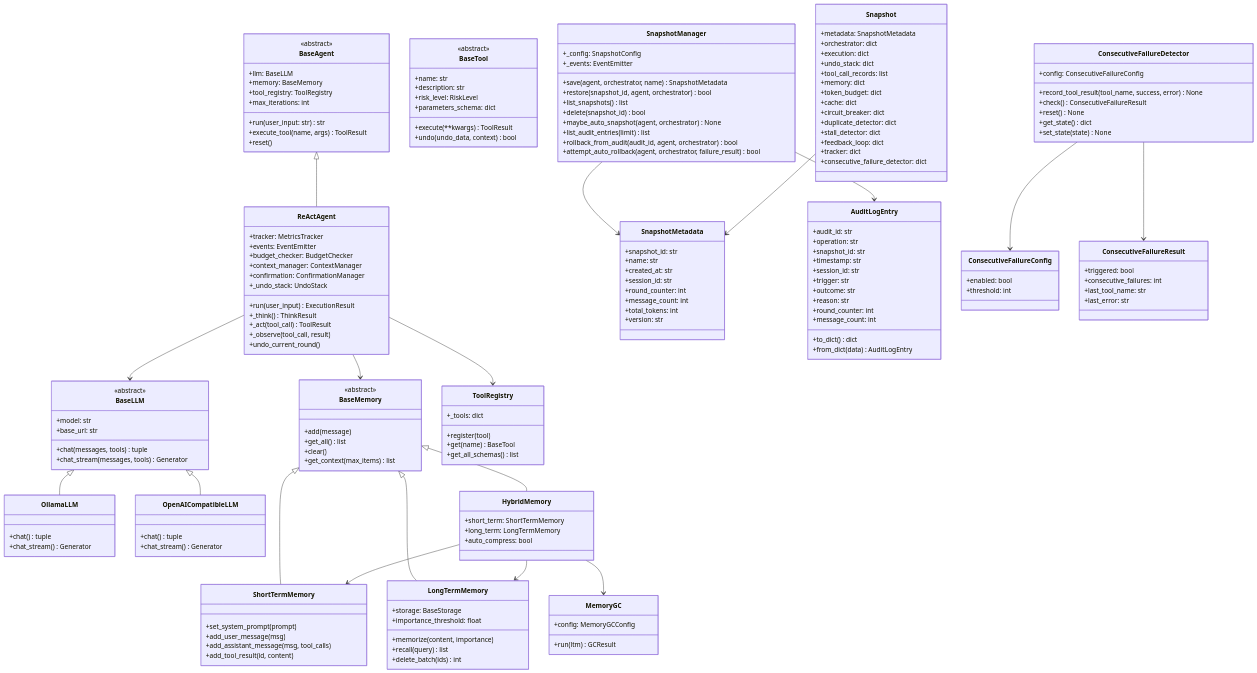
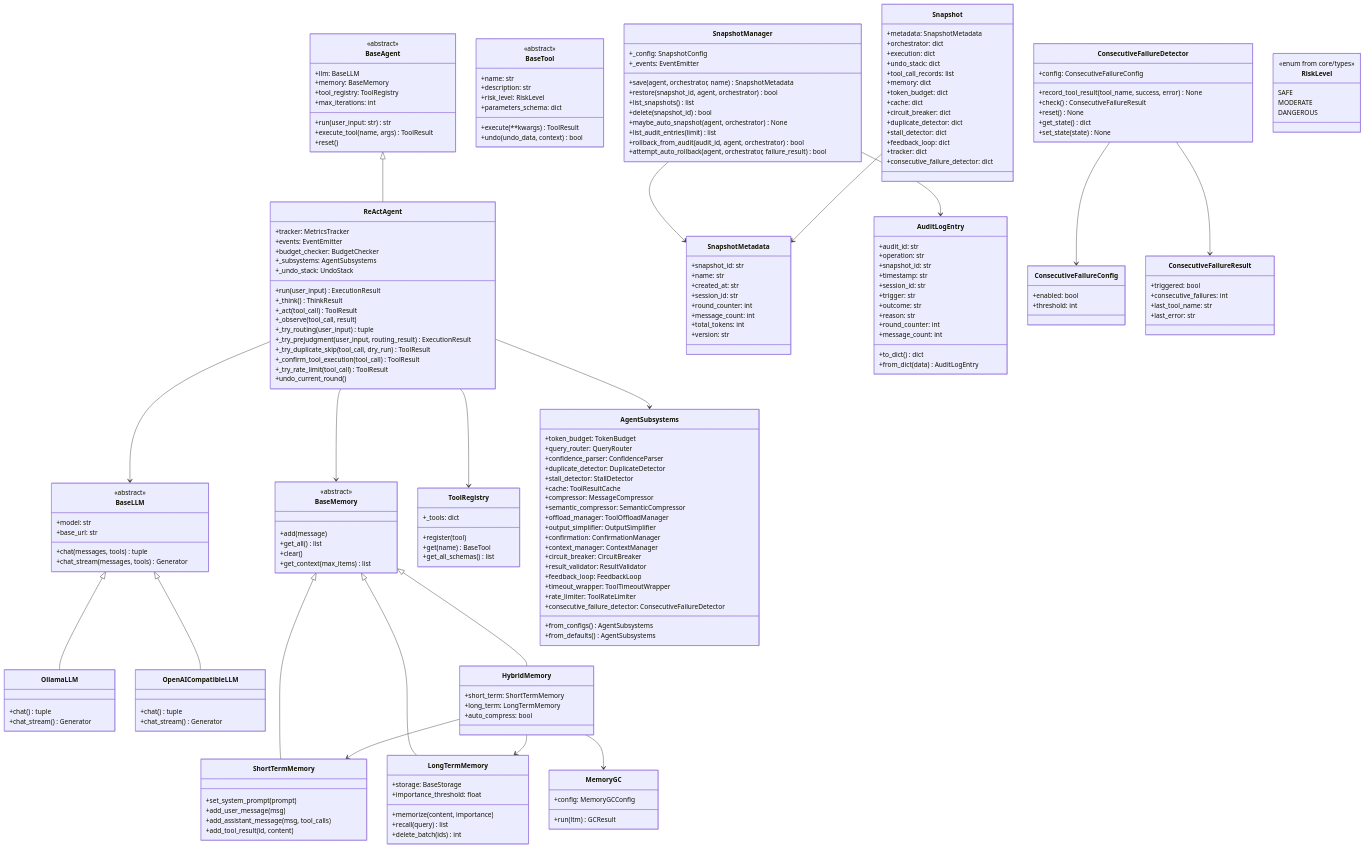
The second of 4 diagrams in docs/architecture.md (Tobytywang/NanoAgent), drawn with Mermaid before and after one commit. The commit also changed other lines of this file and 46 other files, not shown here.

```diff
--- a/docs/architecture.md
+++ b/docs/architecture.md
@@ -120,13 +125,17 @@
         +tracker: MetricsTracker
         +events: EventEmitter
         +budget_checker: BudgetChecker
-        +context_manager: ContextManager
-        +confirmation: ConfirmationManager
+        +_subsystems: AgentSubsystems
         +_undo_stack: UndoStack
         +run(user_input) ExecutionResult
         +_think() ThinkResult
         +_act(tool_call) ToolResult
         +_observe(tool_call, result)
+        +_try_routing(user_input) tuple
+        +_try_prejudgment(user_input, routing_result) ExecutionResult
+        +_try_duplicate_skip(tool_call, dry_run) ToolResult
+        +_confirm_tool_execution(tool_call) ToolResult
+        +_try_rate_limit(tool_call) ToolResult
         +undo_current_round()
     }
 
@@ -276,6 +285,36 @@
         +consecutive_failure_detector: dict
     }
 
+    class AgentSubsystems {
+        +token_budget: TokenBudget
+        +query_router: QueryRouter
+        +confidence_parser: ConfidenceParser
+        +duplicate_detector: DuplicateDetector
+        +stall_detector: StallDetector
+        +cache: ToolResultCache
+        +compressor: MessageCompressor
+        +semantic_compressor: SemanticCompressor
+        +offload_manager: ToolOffloadManager
+        +output_simplifier: OutputSimplifier
+        +confirmation: ConfirmationManager
+        +context_manager: ContextManager
+        +circuit_breaker: CircuitBreaker
+        +result_validator: ResultValidator
+        +feedback_loop: FeedbackLoop
+        +timeout_wrapper: ToolTimeoutWrapper
+        +rate_limiter: ToolRateLimiter
+        +consecutive_failure_detector: ConsecutiveFailureDetector
+        +from_configs() AgentSubsystems
+        +from_defaults() AgentSubsystems
+    }
+
+    class RiskLevel {
+        <<enum from core/types>>
+        SAFE
+        MODERATE
+        DANGEROUS
+    }
+
     BaseAgent <|-- ReActAgent
     BaseLLM <|-- OllamaLLM
     BaseLLM <|-- OpenAICompatibleLLM
@@ -286,6 +325,7 @@
     ReActAgent --> BaseLLM
     ReActAgent --> BaseMemory
     ReActAgent --> ToolRegistry
+    ReActAgent --> AgentSubsystems
     HybridMemory --> ShortTermMemory
     HybridMemory --> LongTermMemory
     HybridMemory --> MemoryGC
```
